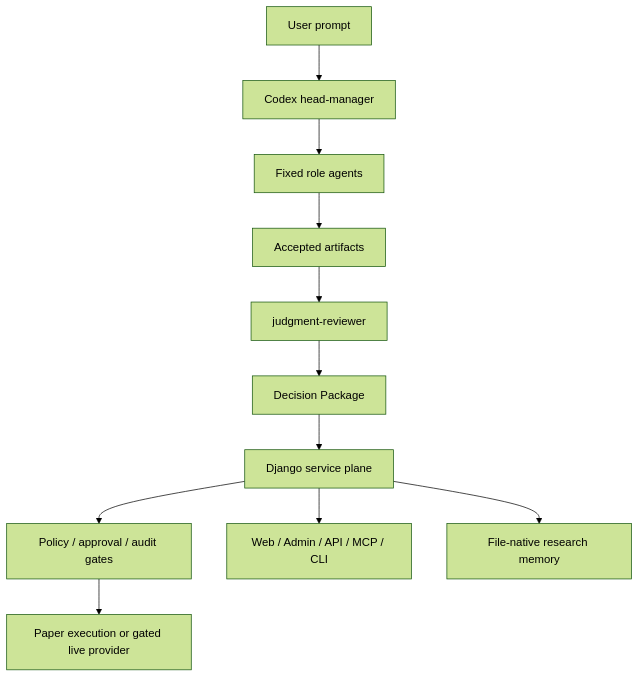
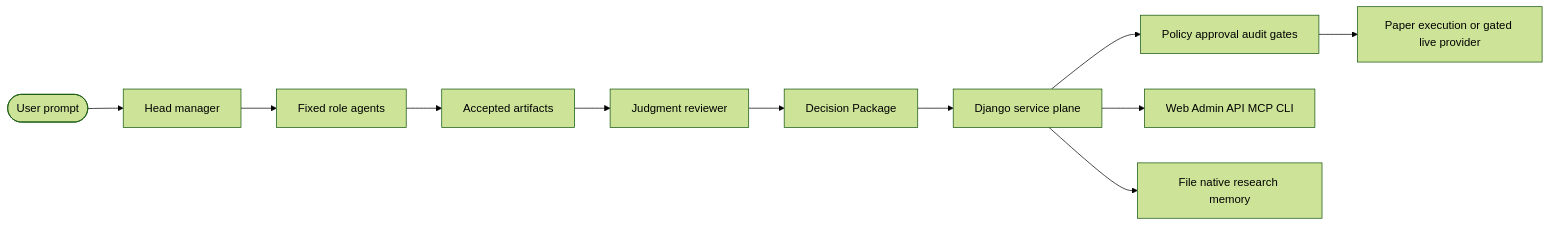
Before and after one commit to HSKIMRobert/tradingcodex: the diagram in README.md, drawn with Mermaid (forest theme). The commit also changed 3 other files, not shown here.

Commit message:
Clarify CI and README architecture

````diff
--- a/README.md
+++ b/README.md
@@ -147,13 +147,13 @@
 ```mermaid
-flowchart TD
-  U["User prompt"] --> H["Codex head-manager"]
-  H --> R["Fixed role agents"]
-  R --> A["Accepted artifacts"]
-  A --> J["judgment-reviewer"]
-  J --> D["Decision Package"]
-  D --> S["Django service plane"]
-  S --> G["Policy / approval / audit gates"]
-  G --> E["Paper execution or gated live provider"]
-  S --> W["Web / Admin / API / MCP / CLI"]
-  S --> M["File-native research memory"]
+flowchart LR
+  user([User prompt]) --> manager[Head manager]
+  manager --> agents[Fixed role agents]
+  agents --> artifacts[Accepted artifacts]
+  artifacts --> reviewer[Judgment reviewer]
+  reviewer --> decision[Decision Package]
+  decision --> service[Django service plane]
+  service --> gates[Policy approval audit gates]
+  gates --> execution[Paper execution or gated live provider]
+  service --> surfaces[Web Admin API MCP CLI]
+  service --> memory[File native research memory]
 ```
````
